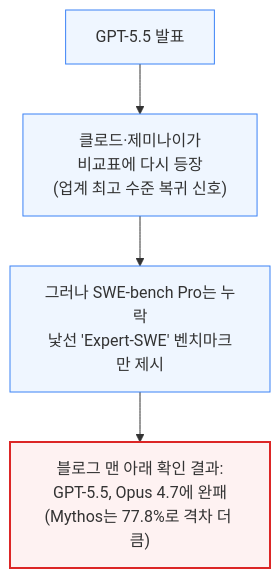
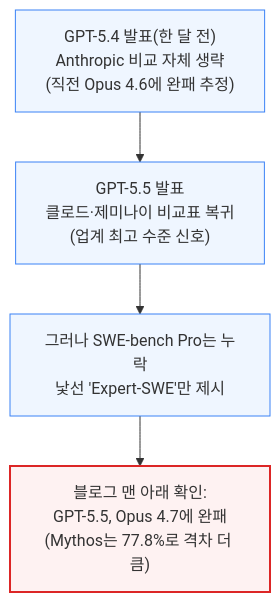
One commit to yohan4477/semi-report changed diagram 13 of 17 in source/newsletter/ai_models/agents/[260425] 코딩 어시스턴트 해부 - 토큰을 더 주세요.md. Above: the diagram before and after it, drawn with Mermaid. The commit also changed other lines of this file, not shown here.

````diff
--- a/source/newsletter/ai_models/agents/[260425] 코딩 어시스턴트 해부 - 토큰을 더 주세요.md
+++ b/source/newsletter/ai_models/agents/[260425] 코딩 어시스턴트 해부 - 토큰을 더 주세요.md
@@ -298,10 +285,10 @@
 ```mermaid
 flowchart TD
-    A["GPT-5.5 발표"] --> B["클로드·제미나이가<br/>비교표에 다시 등장<br/>(업계 최고 수준 복귀 신호)"]
-    B --> C["그러나 SWE-bench Pro는 누락<br/>낯선 'Expert-SWE' 벤치마크만 제시"]
-    C --> D["블로그 맨 아래 확인 결과:<br/>GPT-5.5, Opus 4.7에 완패<br/>(Mythos는 77.8%로 격차 더 큼)"]
+    A["GPT-5.4 발표(한 달 전)<br/>Anthropic 비교 자체 생략<br/>(직전 Opus 4.6에 완패 추정)"] --> B["GPT-5.5 발표<br/>클로드·제미나이 비교표 복귀<br/>(업계 최고 수준 신호)"]
+    B --> C["그러나 SWE-bench Pro는 누락<br/>낯선 'Expert-SWE'만 제시"]
+    C --> D["블로그 맨 아래 확인:<br/>GPT-5.5, Opus 4.7에 완패<br/>(Mythos는 77.8%로 격차 더 큼)"]
 
     classDef default fill:#eff6ff,stroke:#3b82f6,stroke-width:1px;
     classDef danger fill:#fef2f2,stroke:#dc2626,stroke-width:2px;
     class D danger;
 ```
````
